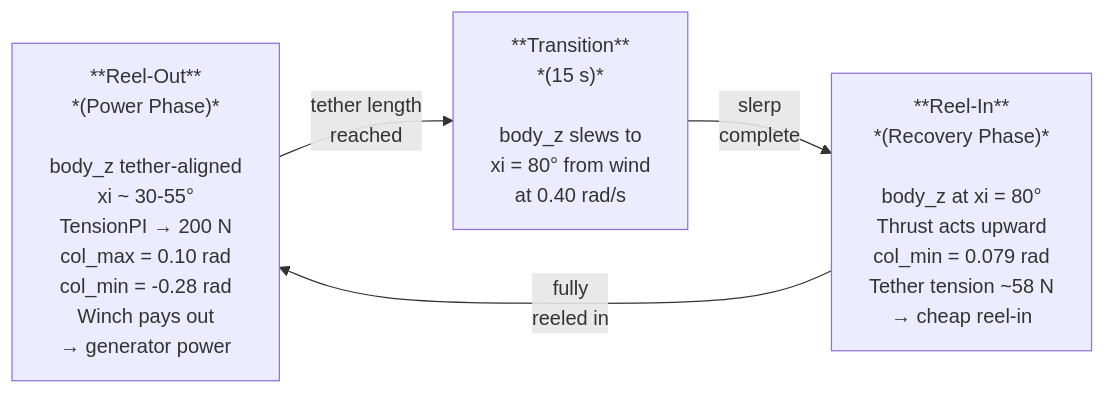
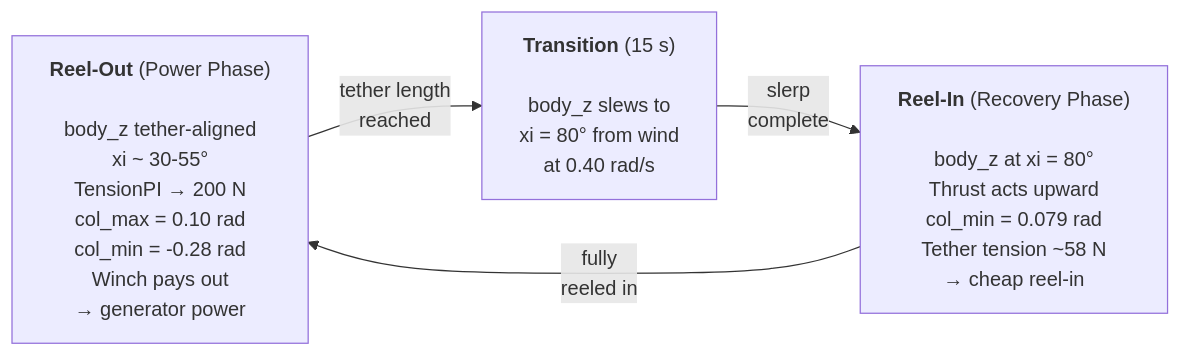
One commit to mcroomp/windpower changed the second of 3 diagrams in system/stack.md. Above: the diagram before and after it, drawn with Mermaid. The commit also changed other lines of this file, not shown here.

Commit message:
made diagrams nicer

````diff
--- a/system/stack.md
+++ b/system/stack.md
@@ -109,10 +109,10 @@
 ```mermaid
 flowchart LR
-    RO["**Reel-Out**<BR/>*(Power Phase)*<BR/><BR/>body_z tether-aligned<BR/>xi ~ 30-55°<BR/>TensionPI → 200 N<BR/>col_max = 0.10 rad<BR/>col_min = -0.28 rad<BR/>Winch pays out<BR/>→ generator power"]
-    TR["**Transition**<BR/>*(15 s)*<BR/><BR/>body_z slews to<BR/>xi = 80° from wind<BR/>at 0.40 rad/s"]
-    RI["**Reel-In**<BR/>*(Recovery Phase)*<BR/><BR/>body_z at xi = 80°<BR/>Thrust acts upward<BR/>col_min = 0.079 rad<BR/>Tether tension ~58 N<BR/>→ cheap reel-in"]
+    RO["<b>Reel-Out</b> (Power Phase)<BR/><BR/>body_z tether-aligned<BR/>xi ~ 30-55°<BR/>TensionPI → 200 N<BR/>col_max = 0.10 rad<BR/>col_min = -0.28 rad<BR/>Winch pays out<BR/>→ generator power"]
+    TR["<b>Transition</b> (15 s)<BR/><BR/>body_z slews to<BR/>xi = 80° from wind<BR/>at 0.40 rad/s"]
+    RI["<b>Reel-In</b> (Recovery Phase)<BR/><BR/>body_z at xi = 80°<BR/>Thrust acts upward<BR/>col_min = 0.079 rad<BR/>Tether tension ~58 N<BR/>→ cheap reel-in"]
 
     RO -->|"tether length<BR/>reached"| TR
     TR -->|"slerp<BR/>complete"| RI
     RI -->|"fully<BR/>reeled in"| RO
 ```
````
